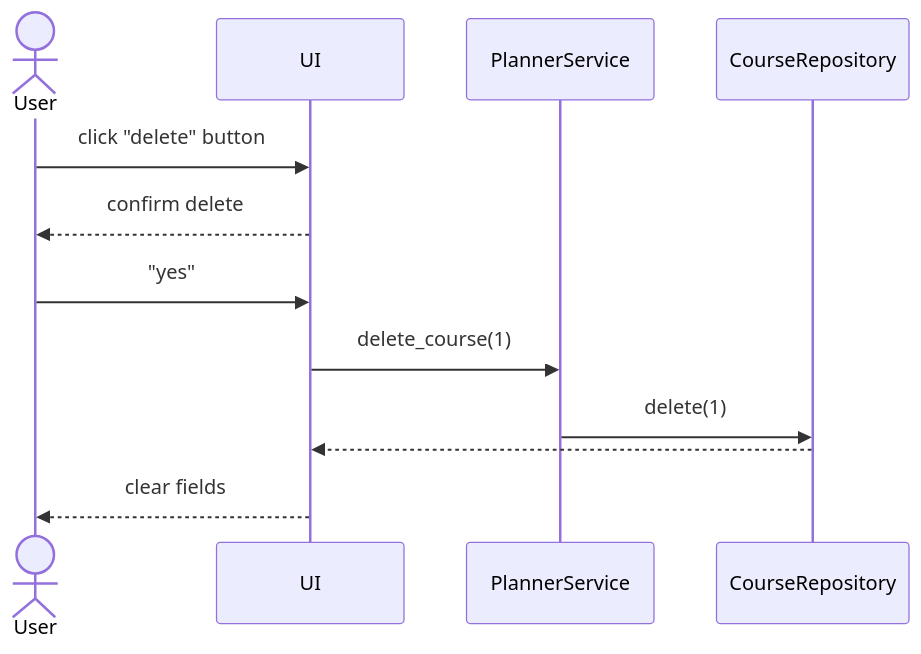
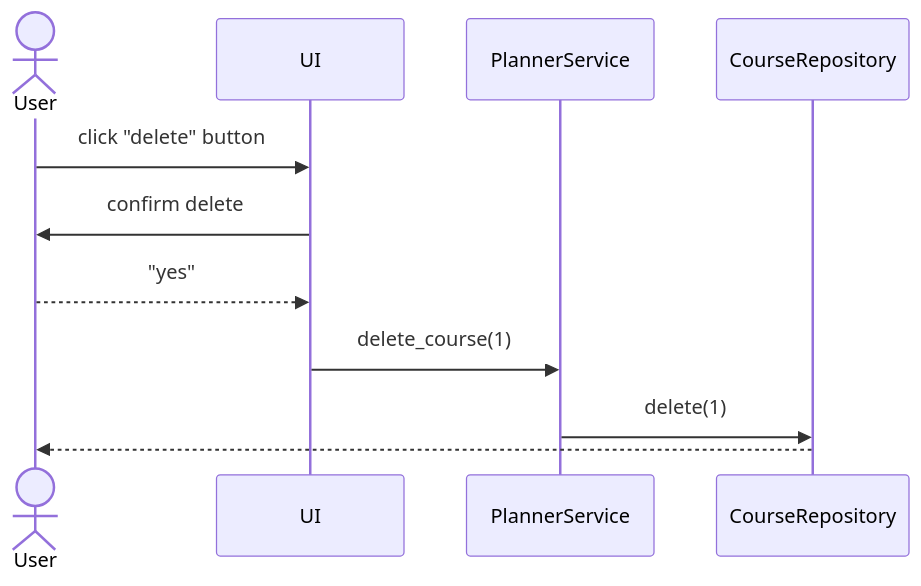
The fourth of 7 diagrams in dokumentaatio/arkkitehtuuri.md (TheJiahao/ohte-harjoitustyo), drawn with Mermaid before and after one commit. The commit also changed other lines of this file and 1 other file, not shown here.

````diff
--- a/dokumentaatio/arkkitehtuuri.md
+++ b/dokumentaatio/arkkitehtuuri.md
@@ -185,12 +184,11 @@
 ```mermaid
 sequenceDiagram
 actor User
 
 User ->> UI: click "delete" button
-UI -->> User: confirm delete
-User ->> UI: "yes"
+UI ->> User: confirm delete
+User -->> UI: "yes"
 UI ->> PlannerService: delete_course(1)
 PlannerService ->> CourseRepository: delete(1)
-CourseRepository -->> UI: 
-UI -->> User: clear fields
+CourseRepository -->> User: 
 ```
````
